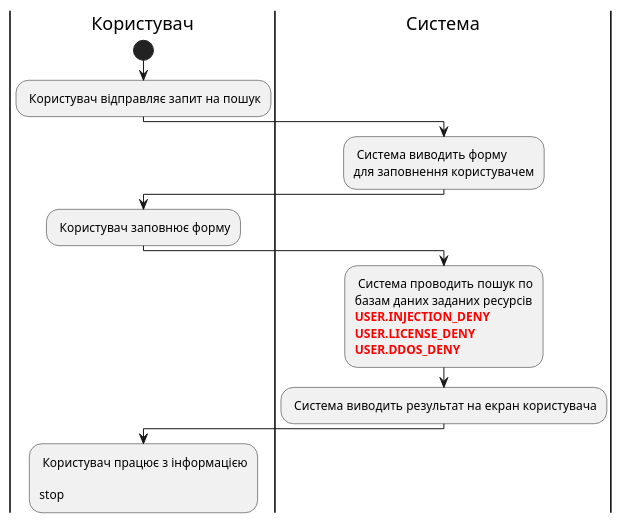
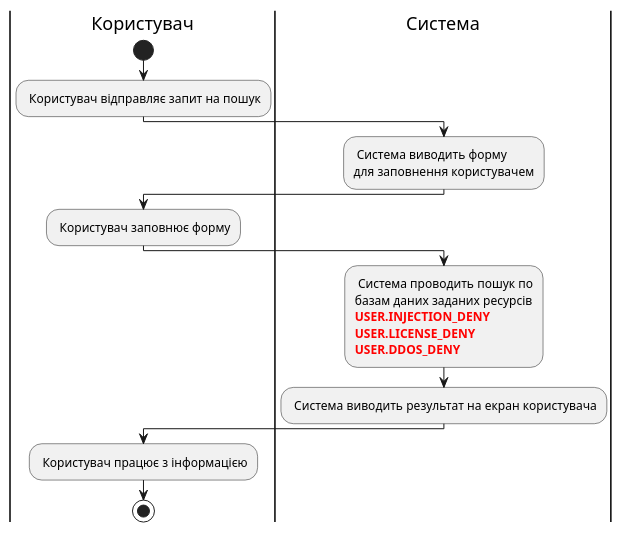
The seventh of 14 diagrams in docs/use cases/README.md (anastasiadyvnich/edu_db_labs), drawn with PlantUML before and after one commit. The commit also changed other lines of this file, not shown here.

```diff
--- a/docs/use cases/README.md
+++ b/docs/use cases/README.md
@@ -242,28 +242,28 @@
 @startuml
 
     |Користувач|
     start
     : Користувач відправляє запит на пошук;
 
     |Система|
     : Система виводить форму
     для заповнення користувачем;
 
     |Користувач|
     : Користувач заповнює форму;
 
     |Система|
     : Система проводить пошук по
     базам даних заданих ресурсів
     <font color="red"><b>USER.INJECTION_DENY
     <font color="red"><b>USER.LICENSE_DENY
     <font color="red"><b>USER.DDOS_DENY;
 
     : Система виводить результат на екран користувача;
 
     |Користувач|
-    : Користувач працює з інформацією
+    : Користувач працює з інформацією;
 
     stop;
 
 @enduml
```
